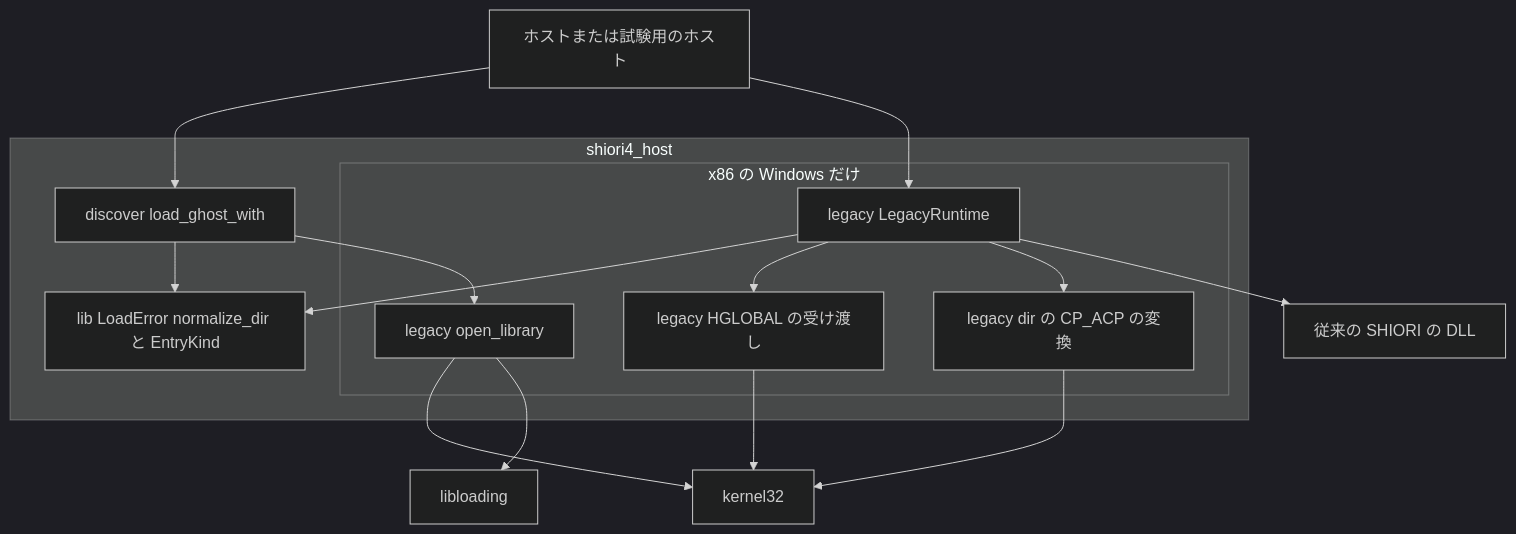
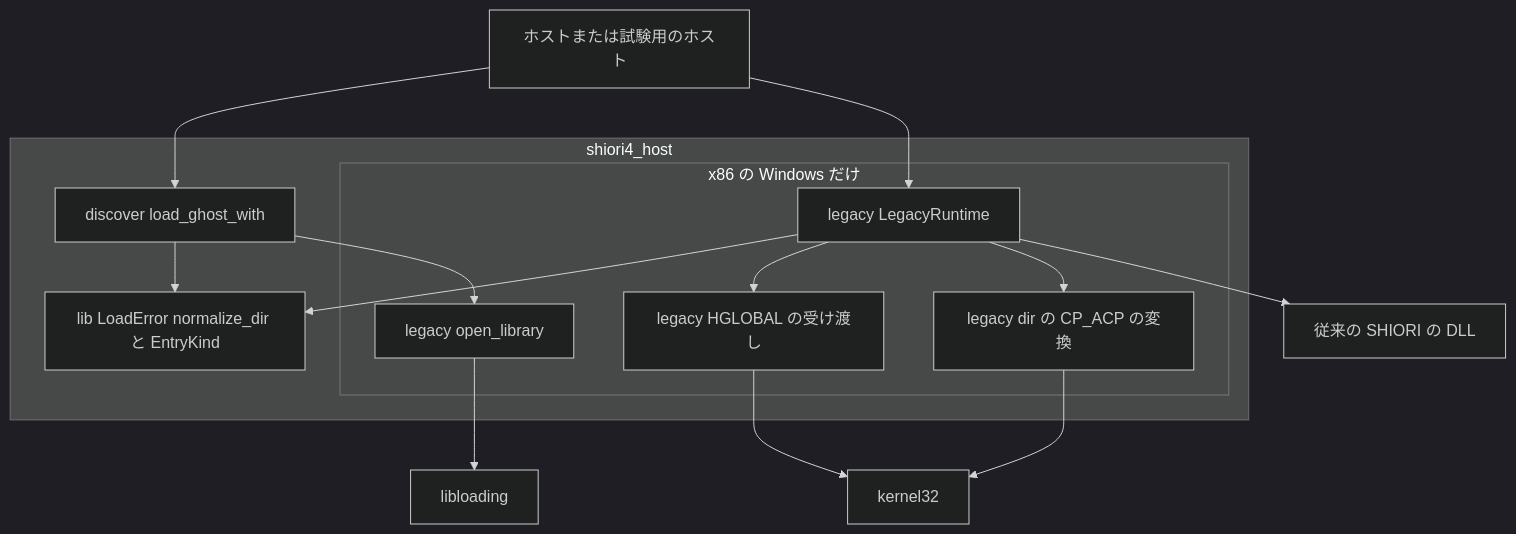
The first of 3 diagrams in .kiro/specs/shiori3-legacy-host/design.md (ekicyou/shiori4), drawn with Mermaid (dark theme) before and after one commit. The commit also changed other lines of this file and 2 other files, not shown here.

````diff
--- a/.kiro/specs/shiori3-legacy-host/design.md
+++ b/.kiro/specs/shiori3-legacy-host/design.md
@@ -70,30 +70,29 @@
 ```mermaid
 graph TB
     Host[ホストまたは試験用のホスト]
     subgraph shiori4_host
         Discover[discover load_ghost_with]
         Types[lib LoadError normalize_dir と EntryKind]
         subgraph x86only[x86 の Windows だけ]
             Open[legacy open_library]
             Runtime[legacy LegacyRuntime]
             Hglobal[legacy HGLOBAL の受け渡し]
             Acp[legacy dir の CP_ACP の変換]
         end
     end
     Kernel32[kernel32]
     Libloading[libloading]
     Dll[従来の SHIORI の DLL]
 
     Host --> Discover
     Discover --> Open
     Discover --> Types
-    Open --> Kernel32
     Open --> Libloading
     Host --> Runtime
     Runtime --> Types
     Runtime --> Hglobal
     Runtime --> Acp
     Hglobal --> Kernel32
     Acp --> Kernel32
     Runtime --> Dll
 ```
````
